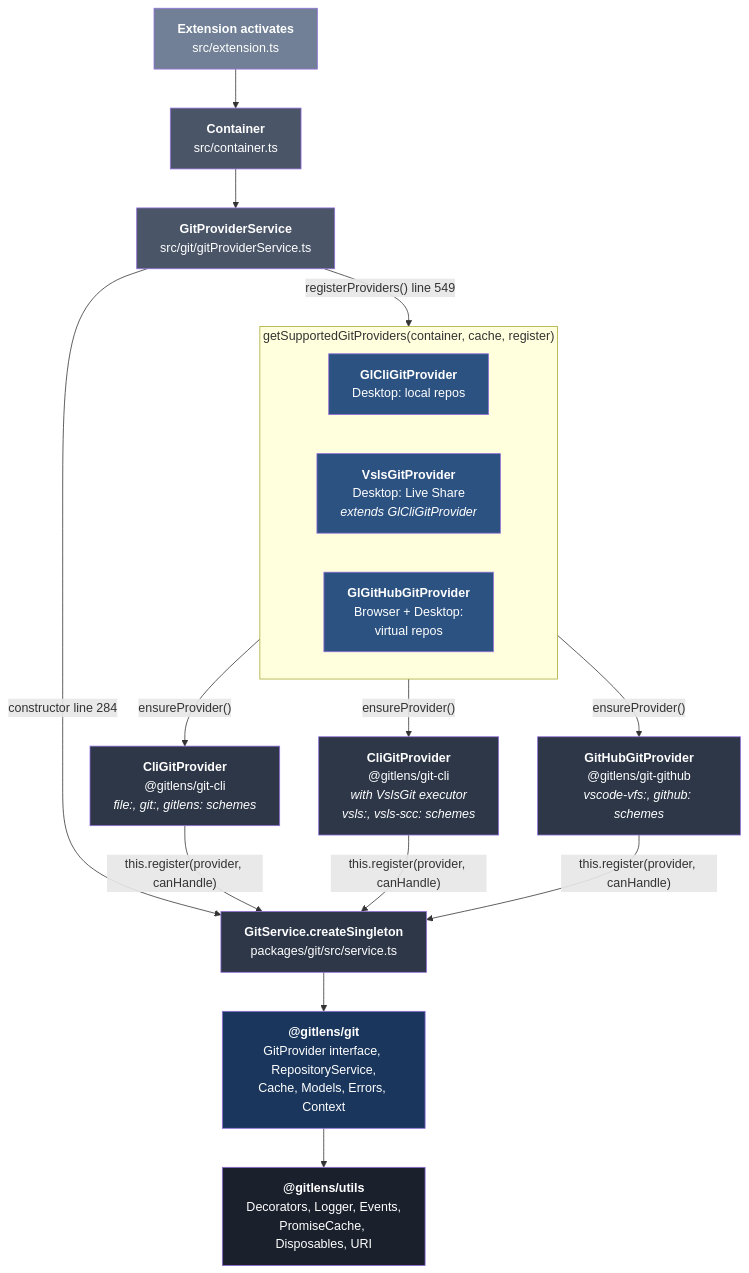
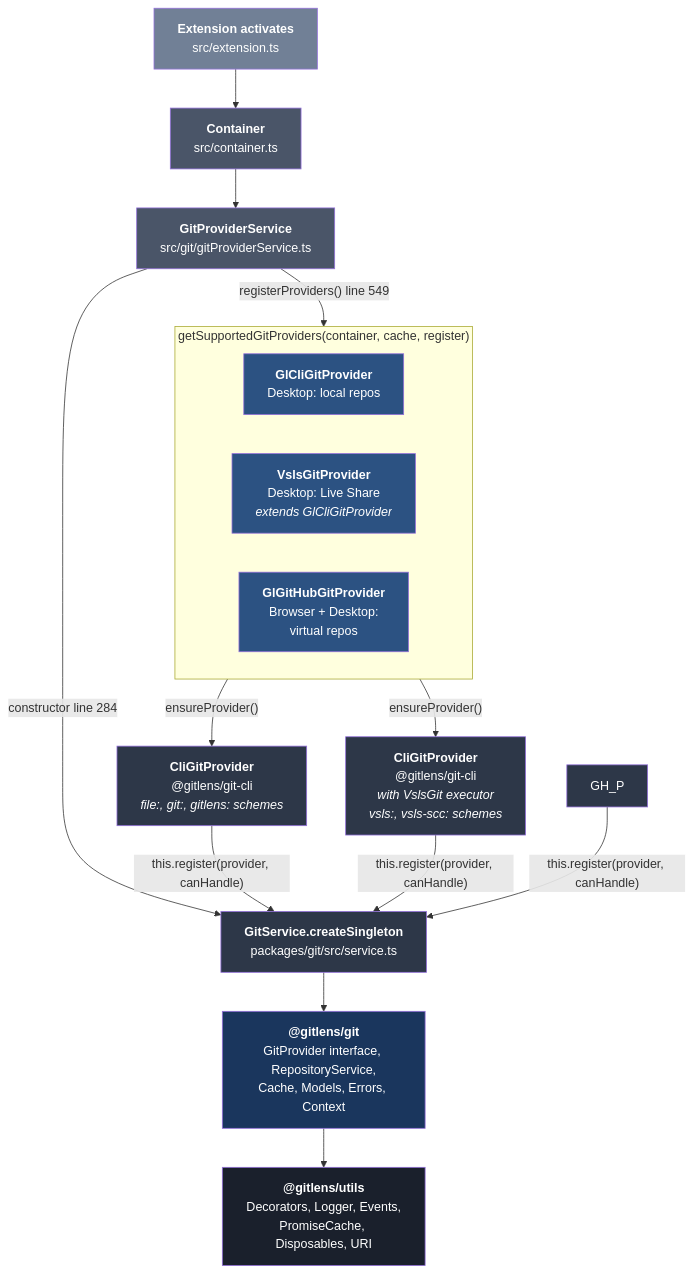
One commit to liao666brant/vscode-gitlens changed the first of 7 diagrams in docs/library-architecture.md. Above: the diagram before and after it, drawn with Mermaid. The commit also changed 718 other files, not shown here.

````diff
--- a/docs/library-architecture.md
+++ b/docs/library-architecture.md
@@ -7,40 +7,39 @@
 ```mermaid
 flowchart TD
     ACT["<b>Extension activates</b><br/>src/extension.ts"]
     CTR["<b>Container</b><br/>src/container.ts"]
     GPS["<b>GitProviderService</b><br/>src/git/gitProviderService.ts"]
 
     ACT --> CTR --> GPS
 
     GPS -->|"constructor line 284"| GS["<b>GitService.createSingleton</b><br/>packages/git/src/service.ts"]
     GPS -->|"registerProviders() line 549"| REG
 
     subgraph REG["getSupportedGitProviders(container, cache, register)"]
         direction LR
         GL_CLI["<b>GlCliGitProvider</b><br/>Desktop: local repos"]
         GL_VSLS["<b>VslsGitProvider</b><br/>Desktop: Live Share<br/><i>extends GlCliGitProvider</i>"]
         GL_GH["<b>GlGitHubGitProvider</b><br/>Browser + Desktop:<br/>virtual repos"]
     end
 
     GL_CLI -->|"ensureProvider()"| CLI_P["<b>CliGitProvider</b><br/>@gitlens/git-cli<br/><i>file:, git:, gitlens: schemes</i>"]
     GL_VSLS -->|"ensureProvider()"| VSLS_P["<b>CliGitProvider</b><br/>@gitlens/git-cli<br/><i>with VslsGit executor</i><br/><i>vsls:, vsls-scc: schemes</i>"]
-    GL_GH -->|"ensureProvider()"| GH_P["<b>GitHubGitProvider</b><br/>@gitlens/git-github<br/><i>vscode-vfs:, github: schemes</i>"]
 
     CLI_P & VSLS_P & GH_P -->|"this.register(provider, canHandle)"| GS
 
     GS --> CORE["<b>@gitlens/git</b><br/>GitProvider interface, RepositoryService,<br/>Cache, Models, Errors, Context"]
     CORE --> UTILS["<b>@gitlens/utils</b><br/>Decorators, Logger, Events,<br/>PromiseCache, Disposables, URI"]
 
     style ACT fill:#718096,color:#fff
     style CTR fill:#4a5568,color:#fff
     style GPS fill:#4a5568,color:#fff
     style GS fill:#2d3748,color:#fff
     style CORE fill:#1a365d,color:#fff
     style UTILS fill:#1a202c,color:#fff
     style GL_CLI fill:#2c5282,color:#fff
     style GL_VSLS fill:#2c5282,color:#fff
     style GL_GH fill:#2c5282,color:#fff
     style CLI_P fill:#2d3748,color:#fff
     style VSLS_P fill:#2d3748,color:#fff
     style GH_P fill:#2d3748,color:#fff
 ```
````
